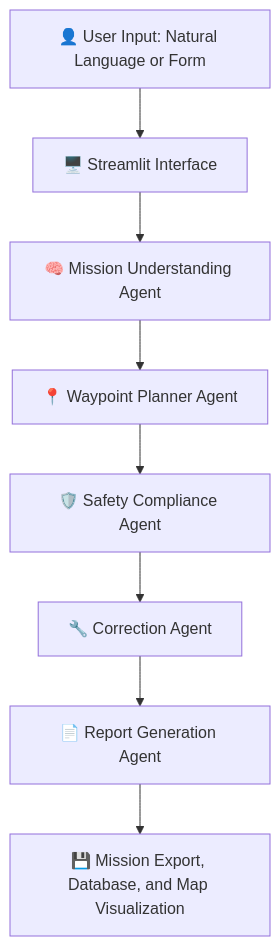
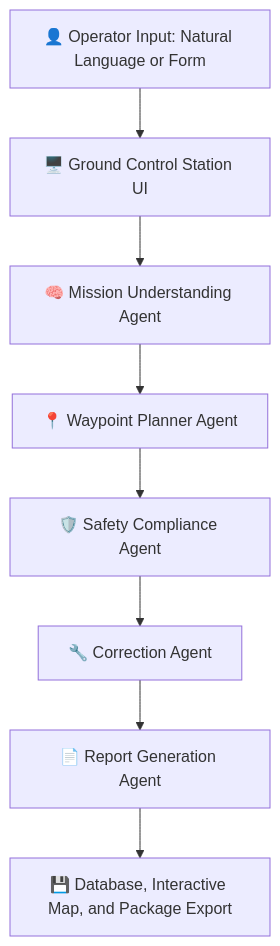
The first of 2 diagrams in README.md (AbdulAzeemHashmi/agentic-uav-mission-planner), drawn with Mermaid before and after one commit. The commit also changed other lines of this file, not shown here.

````diff
--- a/README.md
+++ b/README.md
@@ -74,10 +75,10 @@
 ```mermaid
 flowchart TD
-    A[👤 User Input: Natural Language or Form] --> B[🖥️ Streamlit Interface]
+    A[👤 Operator Input: Natural Language or Form] --> B[🖥️ Ground Control Station UI]
     B --> C[🧠 Mission Understanding Agent]
     C --> D[📍 Waypoint Planner Agent]
     D --> E[🛡️ Safety Compliance Agent]
     E --> F[🔧 Correction Agent]
     F --> G[📄 Report Generation Agent]
-    G --> H[💾 Mission Export, Database, and Map Visualization]
+    G --> H[💾 Database, Interactive Map, and Package Export]
 ```
````
